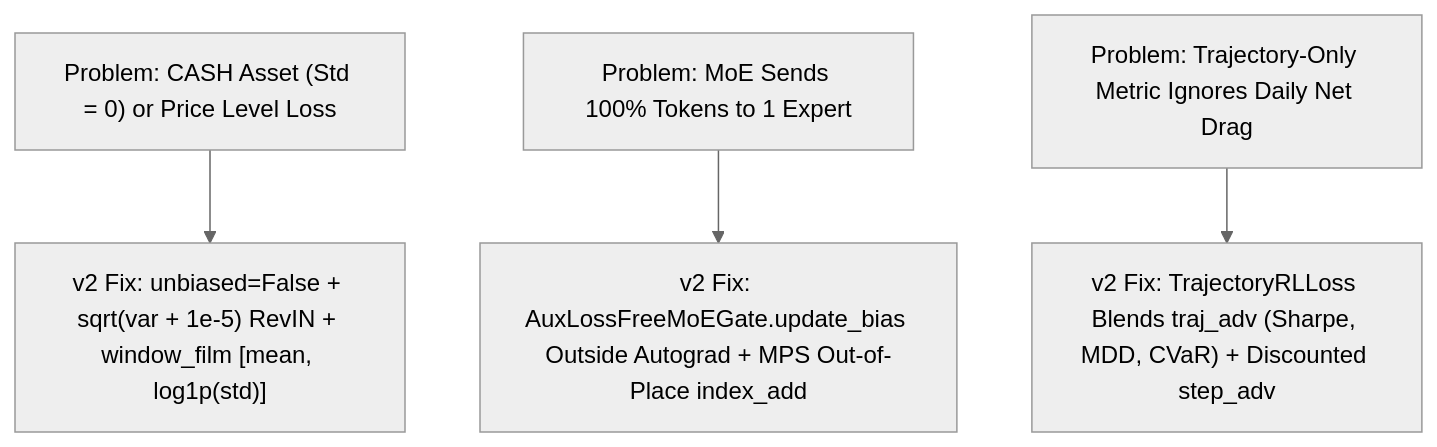
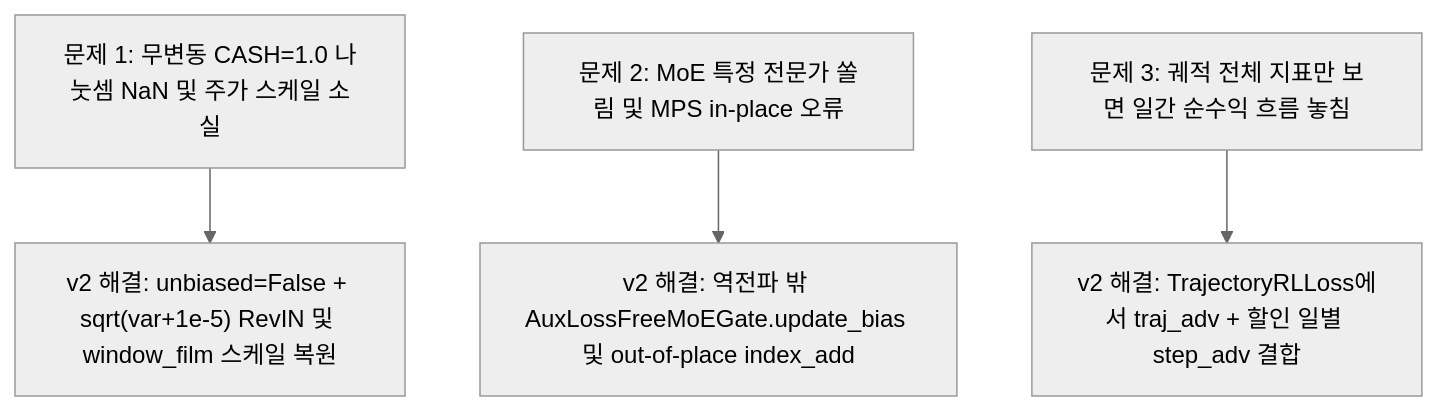
Before and after one commit to zerostreet/zerosteer: the fourth of 5 diagrams in openwiki/guides/intuitive-visual-guide.md, drawn with Mermaid (neutral theme). The commit also changed other lines of this file and 16 other files, not shown here.

````diff
--- a/openwiki/guides/intuitive-visual-guide.md
+++ b/openwiki/guides/intuitive-visual-guide.md
@@ -118,6 +94,6 @@
 ```mermaid
 flowchart TD
-    CASH["Problem: CASH Asset (Std = 0) or Price Level Loss"] --> REVIN["v2 Fix: unbiased=False + sqrt(var + 1e-5) RevIN + window_film [mean, log1p(std)]"]
-    SKEW["Problem: MoE Sends 100% Tokens to 1 Expert"] --> BIAS["v2 Fix: AuxLossFreeMoEGate.update_bias Outside Autograd + MPS Out-of-Place index_add"]
-    RLGAP["Problem: Trajectory-Only Metric Ignores Daily Net Drag"] --> BLEND["v2 Fix: TrajectoryRLLoss Blends traj_adv (Sharpe, MDD, CVaR) + Discounted step_adv"]
+    CASH["문제 1: 무변동 CASH=1.0 나눗셈 NaN 및 주가 스케일 소실"] --> REVIN["v2 해결: unbiased=False + sqrt(var+1e-5) RevIN 및 window_film 스케일 복원"]
+    SKEW["문제 2: MoE 특정 전문가 쏠림 및 MPS in-place 오류"] --> BIAS["v2 해결: 역전파 밖 AuxLossFreeMoEGate.update_bias 및 out-of-place index_add"]
+    RLGAP["문제 3: 궤적 전체 지표만 보면 일간 순수익 흐름 놓침"] --> BLEND["v2 해결: TrajectoryRLLoss에서 traj_adv + 할인 일별 step_adv 결합"]
 ```
````
